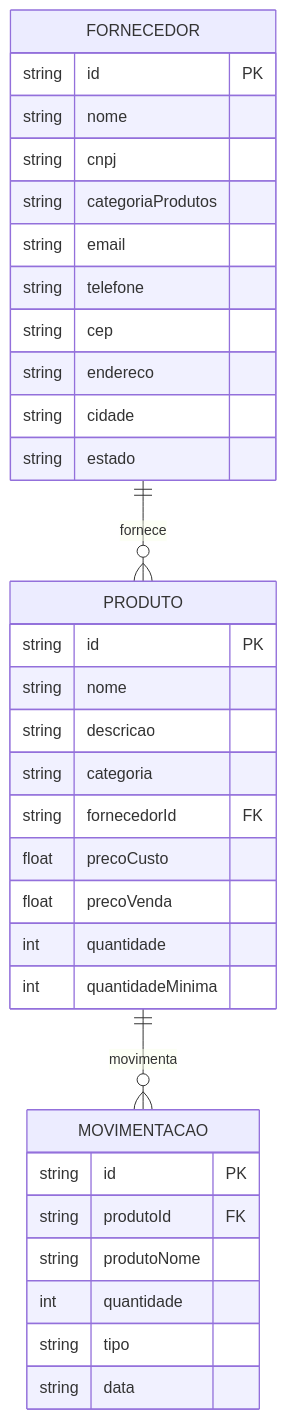
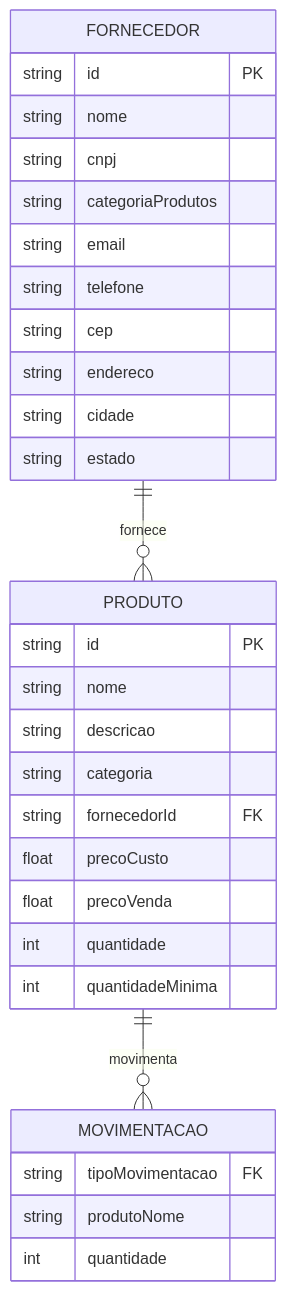
The diagram in docs/spec.md (alissonst-dev/controle-de-recursos-empresarias), drawn with Mermaid before and after one commit.

````diff
--- a/docs/spec.md
+++ b/docs/spec.md
@@ -9,40 +9,37 @@
 ```mermaid
 erDiagram
 
 FORNECEDOR ||--o{ PRODUTO : fornece
 PRODUTO ||--o{ MOVIMENTACAO : movimenta
 
 FORNECEDOR {
     string id PK
     string nome
     string cnpj
     string categoriaProdutos
     string email
     string telefone
     string cep
     string endereco
     string cidade
     string estado
 }
 
 PRODUTO {
     string id PK
     string nome
     string descricao
     string categoria
     string fornecedorId FK
     float precoCusto
     float precoVenda
     int quantidade
     int quantidadeMinima
 }
 
 MOVIMENTACAO {
-    string id PK
-    string produtoId FK
+    string tipoMovimentacao FK
     string produtoNome
     int quantidade
-    string tipo
-    string data
 }
 ```
````
